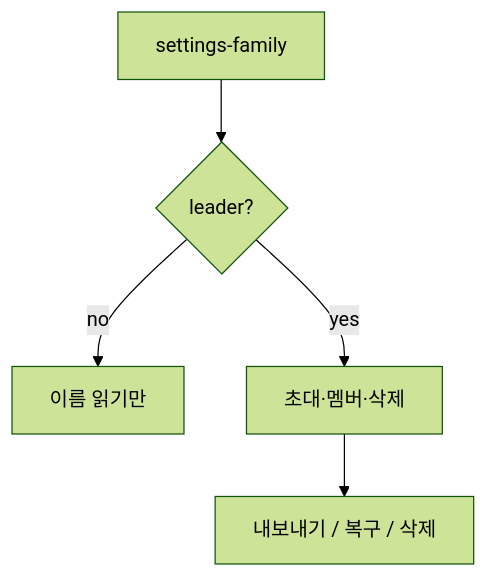
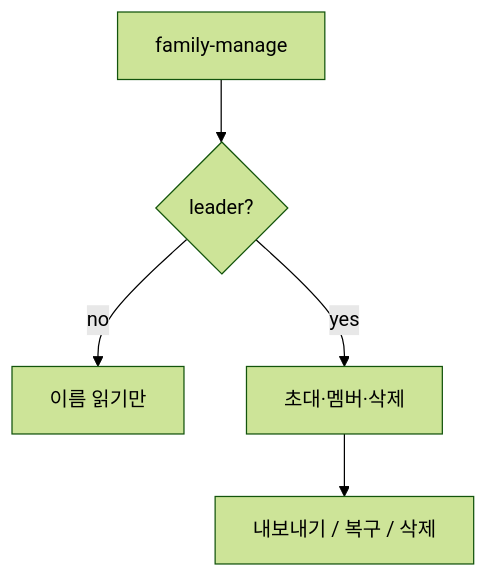
The sixth of 6 diagrams in docs/flows/family-tab-flow-brief.md (gogleset/yakmuk), drawn with Mermaid (forest theme) before and after one commit. The commit also changed other lines of this file and 2 other files, not shown here.

````diff
--- a/docs/flows/family-tab-flow-brief.md
+++ b/docs/flows/family-tab-flow-brief.md
@@ -232,7 +231,7 @@
 ```mermaid
 flowchart TD
-  A[settings-family] --> B{leader?}
+  A[family-manage] --> B{leader?}
   B -->|no| C[이름 읽기만]
   B -->|yes| D[초대·멤버·삭제]
   D --> E[내보내기 / 복구 / 삭제]
 ```
````
